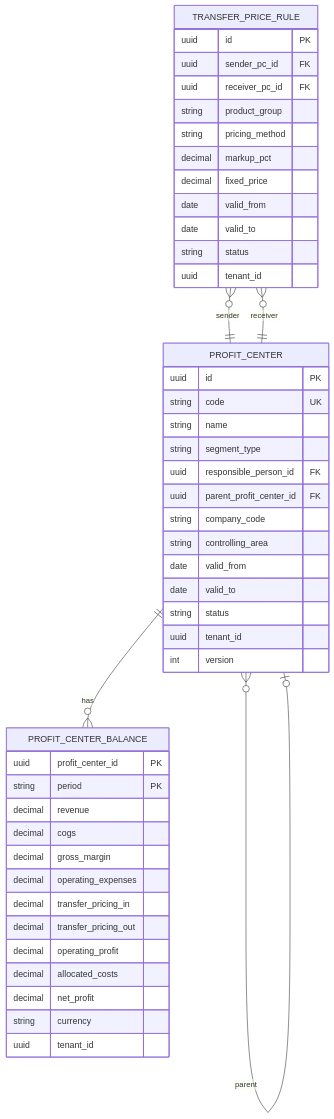
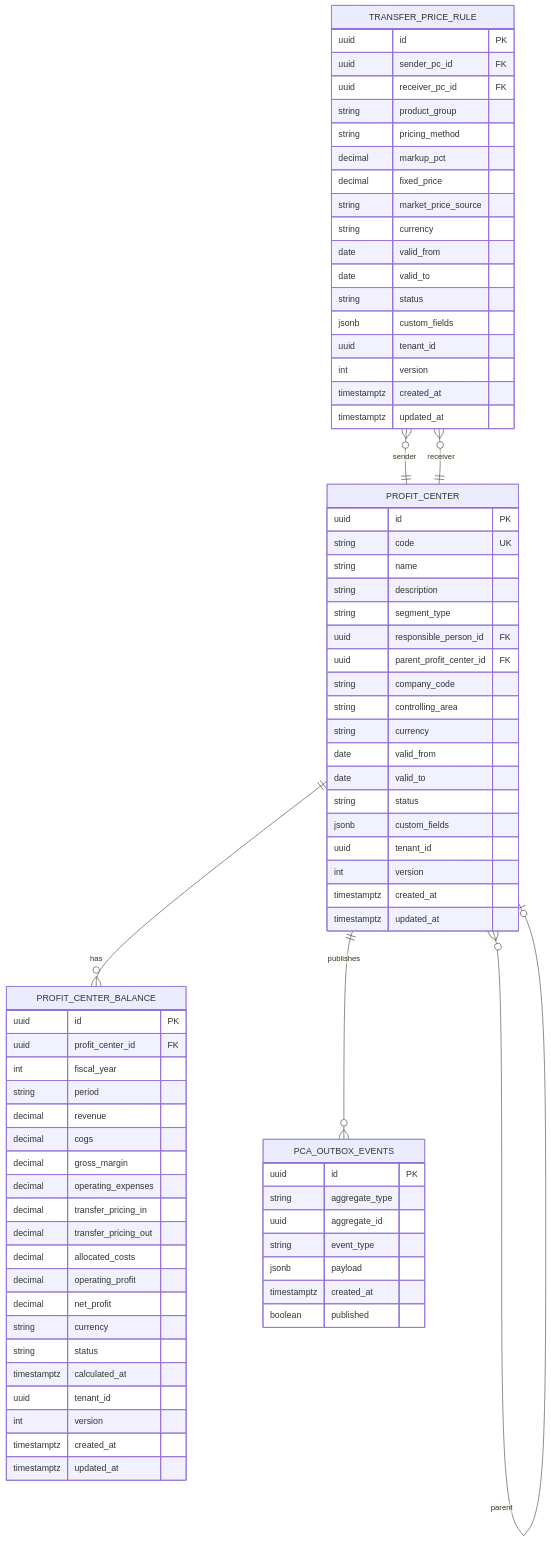
One commit to openleap-io/io.openleap.dev.spec changed the seventh of 7 diagrams in T3_Domains/CO/domain-specs/co_pca-spec.md. Above: the diagram before and after it, drawn with Mermaid. The commit also changed other lines of this file and 54 other files, not shown here.

````diff
--- a/T3_Domains/CO/domain-specs/co_pca-spec.md
+++ b/T3_Domains/CO/domain-specs/co_pca-spec.md
@@ -457,51 +1924,79 @@
 ```mermaid
 erDiagram
     PROFIT_CENTER ||--o{ PROFIT_CENTER_BALANCE : has
     PROFIT_CENTER }o--o| PROFIT_CENTER : parent
     TRANSFER_PRICE_RULE }o--|| PROFIT_CENTER : sender
     TRANSFER_PRICE_RULE }o--|| PROFIT_CENTER : receiver
+    PROFIT_CENTER ||--o{ PCA_OUTBOX_EVENTS : publishes
 
     PROFIT_CENTER {
         uuid id PK
         string code UK
         string name
+        string description
         string segment_type
         uuid responsible_person_id FK
         uuid parent_profit_center_id FK
         string company_code
         string controlling_area
+        string currency
         date valid_from
         date valid_to
         string status
+        jsonb custom_fields
         uuid tenant_id
         int version
+        timestamptz created_at
+        timestamptz updated_at
     }
     PROFIT_CENTER_BALANCE {
-        uuid profit_center_id PK
-        string period PK
+        uuid id PK
+        uuid profit_center_id FK
+        int fiscal_year
+        string period
         decimal revenue
         decimal cogs
         decimal gross_margin
         decimal operating_expenses
         decimal transfer_pricing_in
         decimal transfer_pricing_out
+        decimal allocated_costs
         decimal operating_profit
-        decimal allocated_costs
         decimal net_profit
         string currency
+        string status
+        timestamptz calculated_at
         uuid tenant_id
+        int version
+        timestamptz created_at
+        timestamptz updated_at
     }
     TRANSFER_PRICE_RULE {
         uuid id PK
         uuid sender_pc_id FK
         uuid receiver_pc_id FK
         string product_group
         string pricing_method
         decimal markup_pct
         decimal fixed_price
+        string market_price_source
+        string currency
         date valid_from
         date valid_to
         string status
+        jsonb custom_fields
         uuid tenant_id
+        int version
+        timestamptz created_at
+        timestamptz updated_at
+    }
+    PCA_OUTBOX_EVENTS {
+        uuid id PK
+        string aggregate_type
+        uuid aggregate_id
+        string event_type
+        jsonb payload
+        timestamptz created_at
+        boolean published
     }
 ```
````
